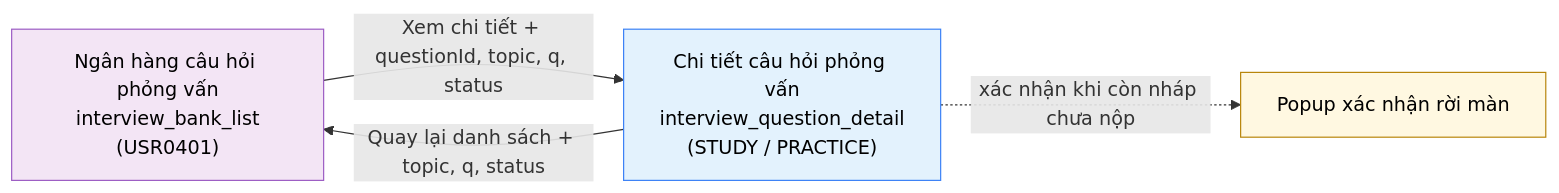
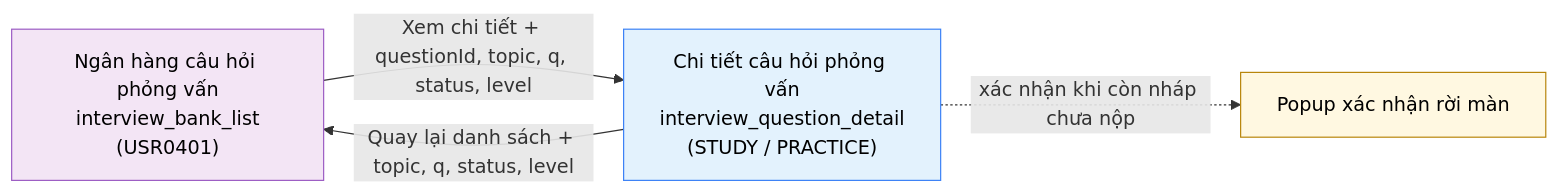
Before and after one commit to daiphu1801/PRJ_ALGOPREP: the diagram in 02-bd/screens/users/USR0402_interview_question_detail.md, drawn with Mermaid. The commit also changed other lines of this file and 458 other files, not shown here.

````diff
--- a/02-bd/screens/users/USR0402_interview_question_detail.md
+++ b/02-bd/screens/users/USR0402_interview_question_detail.md
@@ -172,14 +177,14 @@
 ```mermaid
 flowchart LR
-    list["Ngân hàng câu hỏi phỏng vấn<br/>interview_bank_list<br/>(USR0401)"] -->|"Xem chi tiết + questionId, topic, q, status"| detail["Chi tiết câu hỏi phỏng vấn<br/>interview_question_detail<br/>(STUDY / PRACTICE)"]
-    detail -->|"Quay lại danh sách + topic, q, status"| list
+    list["Ngân hàng câu hỏi phỏng vấn<br/>interview_bank_list<br/>(USR0401)"] -->|"Xem chi tiết + questionId, topic, q, status, level"| detail["Chi tiết câu hỏi phỏng vấn<br/>interview_question_detail<br/>(STUDY / PRACTICE)"]
+    detail -->|"Quay lại danh sách + topic, q, status, level"| list
     detail -.->|"xác nhận khi còn nháp chưa nộp"| confirm["Popup xác nhận rời màn"]
 
     classDef source fill:#F3E5F5,stroke:#9C5CC4,color:#000
     classDef screen fill:#E3F2FD,stroke:#3B82F6,color:#000
     classDef pop fill:#FFF8E1,stroke:#B8860B,color:#000
 
     class list source
     class detail screen
     class confirm pop
 ```
````
